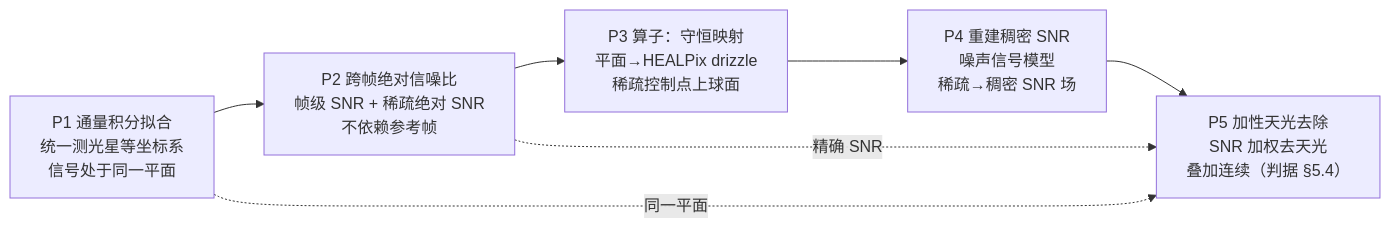
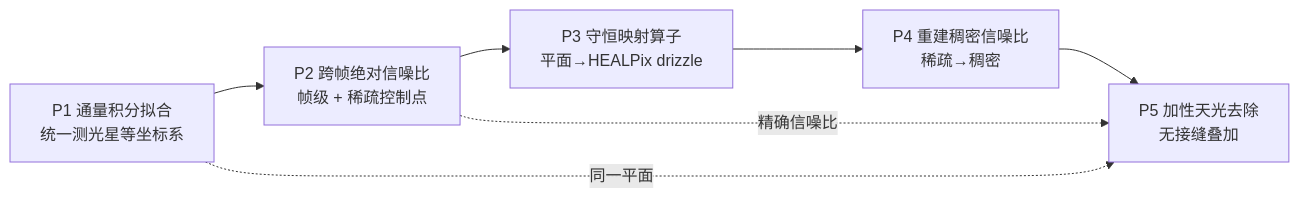
Before and after one commit to fujiaze/Astro-CS-Database: the third of 10 diagrams in docs/ASTROCS_DESIGN.md, drawn with Mermaid. The commit also changed other lines of this file and 1 other file, not shown here.

````diff
--- a/docs/ASTROCS_DESIGN.md
+++ b/docs/ASTROCS_DESIGN.md
@@ -142,9 +83,9 @@
 ```mermaid
 flowchart LR
-    A["P1 通量积分拟合<br/>统一测光星等坐标系<br/>信号处于同一平面"] --> B["P2 跨帧绝对信噪比<br/>帧级 SNR + 稀疏绝对 SNR<br/>不依赖参考帧"]
-    B --> C["P3 算子：守恒映射<br/>平面→HEALPix drizzle<br/>稀疏控制点上球面"]
-    C --> D["P4 重建稠密 SNR<br/>噪声信号模型<br/>稀疏→稠密 SNR 场"]
-    D --> E["P5 加性天光去除<br/>SNR 加权去天光<br/>叠加连续（判据 §5.4）"]
+    A["P1 通量积分拟合<br/>统一测光星等坐标系"] --> B["P2 跨帧绝对信噪比<br/>帧级 + 稀疏控制点"]
+    B --> C["P3 守恒映射算子<br/>平面→HEALPix drizzle"]
+    C --> D["P4 重建稠密信噪比<br/>稀疏→稠密"]
+    D --> E["P5 加性天光去除<br/>无接缝叠加"]
     A -.同一平面.-> E
-    B -.精确 SNR.-> E
+    B -.精确信噪比.-> E
 ```
````
